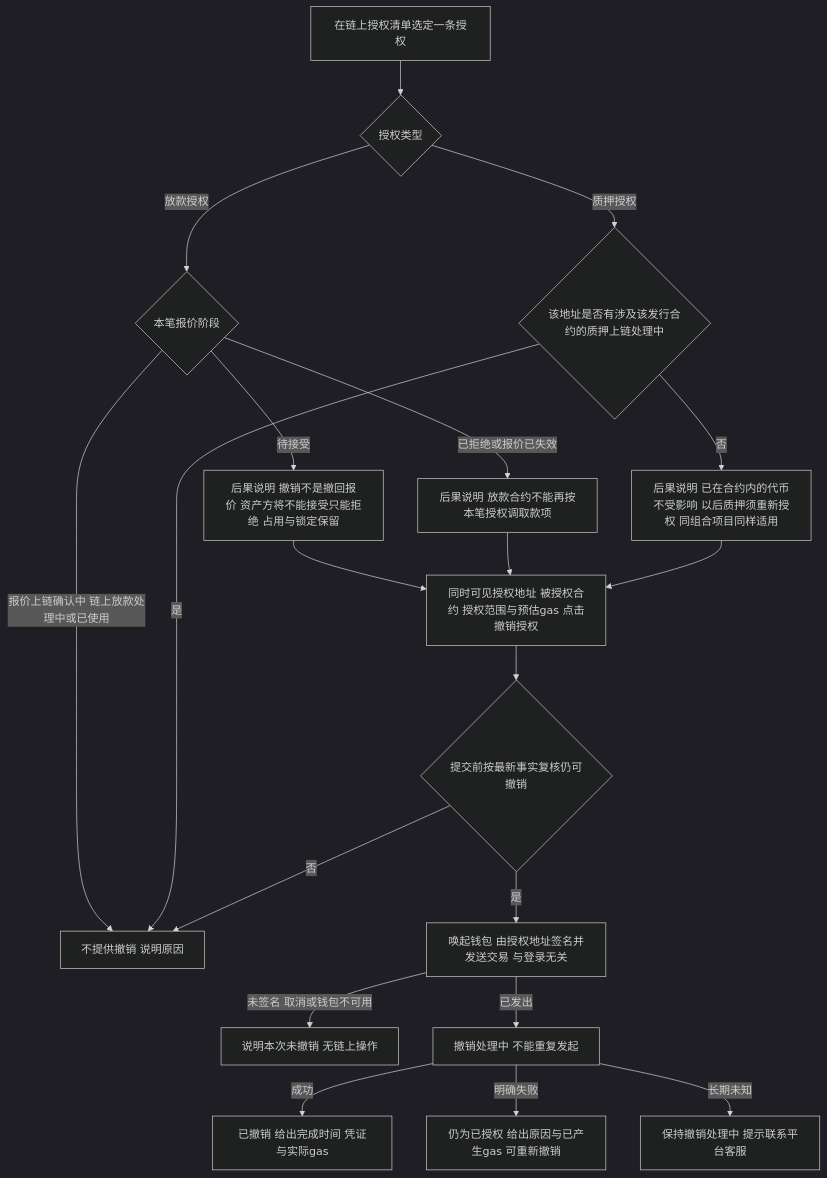
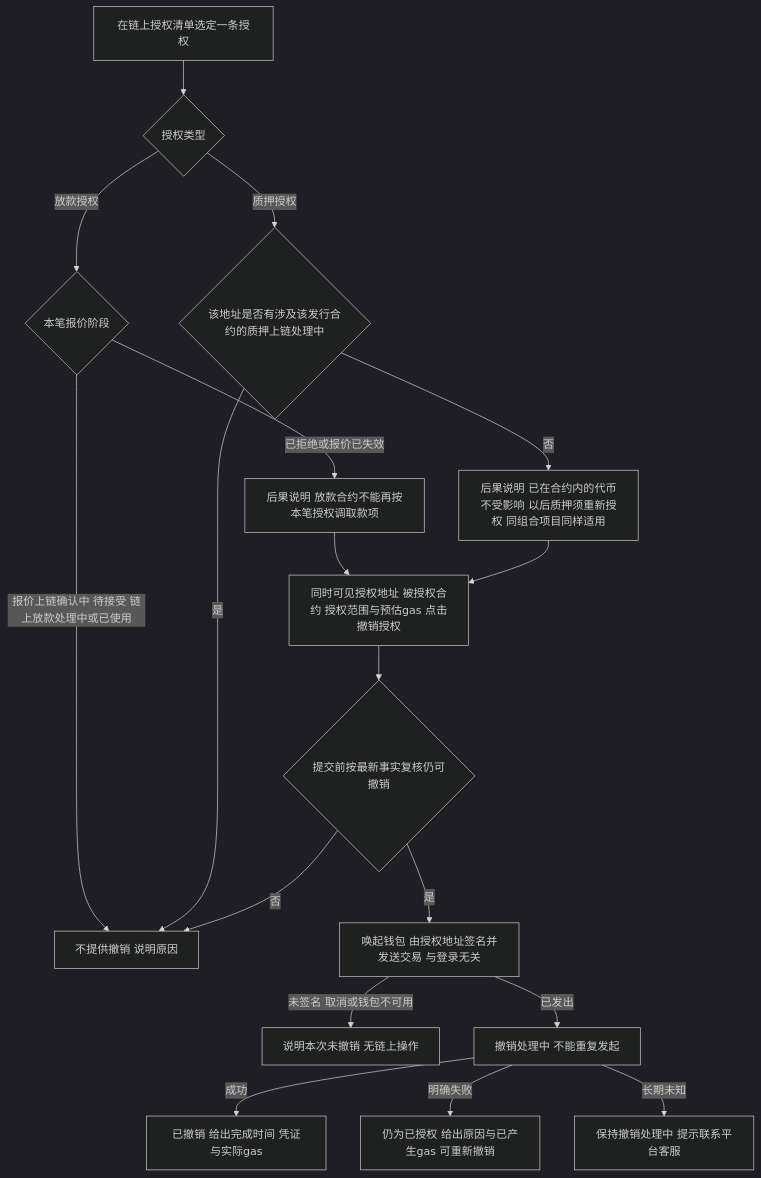
One commit to wxblockchain/Chain-Financing changed diagram 13 of 15 in lending-platform/PRD/面客端/09-我的控制台/02-我的控制台-流程图与状态机.md. Above: the diagram before and after it, drawn with Mermaid (dark theme). The commit also changed other lines of this file and 4 other files, not shown here.

````diff
--- a/lending-platform/PRD/面客端/09-我的控制台/02-我的控制台-流程图与状态机.md
+++ b/lending-platform/PRD/面客端/09-我的控制台/02-我的控制台-流程图与状态机.md
@@ -365,22 +363,20 @@
 ```mermaid
 flowchart TD
   A[在链上授权清单选定一条授权] --> B{授权类型}
   B -- 放款授权 --> C{本笔报价阶段}
-  C -- 报价上链确认中 链上放款处理中或已使用 --> X[不提供撤销 说明原因]
-  C -- 待接受 --> D1[后果说明 撤销不是撤回报价 资产方将不能接受只能拒绝 占用与锁定保留]
+  C -- 报价上链确认中 待接受 链上放款处理中或已使用 --> X[不提供撤销 说明原因]
   C -- 已拒绝或报价已失效 --> D2[后果说明 放款合约不能再按本笔授权调取款项]
   B -- 质押授权 --> P{该地址是否有涉及该发行合约的质押上链处理中}
   P -- 是 --> X
   P -- 否 --> D3[后果说明 已在合约内的代币不受影响 以后质押须重新授权 同组合项目同样适用]
-  D1 --> E[同时可见授权地址 被授权合约 授权范围与预估gas 点击撤销授权]
-  D2 --> E
+  D2 --> E[同时可见授权地址 被授权合约 授权范围与预估gas 点击撤销授权]
   D3 --> E
   E --> F{提交前按最新事实复核仍可撤销}
   F -- 否 --> X
   F -- 是 --> G[唤起钱包 由授权地址签名并发送交易 与登录无关]
   G -- 未签名 取消或钱包不可用 --> H[说明本次未撤销 无链上操作]
   G -- 已发出 --> I[撤销处理中 不能重复发起]
   I -- 成功 --> J[已撤销 给出完成时间 凭证与实际gas]
   I -- 明确失败 --> K[仍为已授权 给出原因与已产生gas 可重新撤销]
   I -- 长期未知 --> L[保持撤销处理中 提示联系平台客服]
 ```
````
